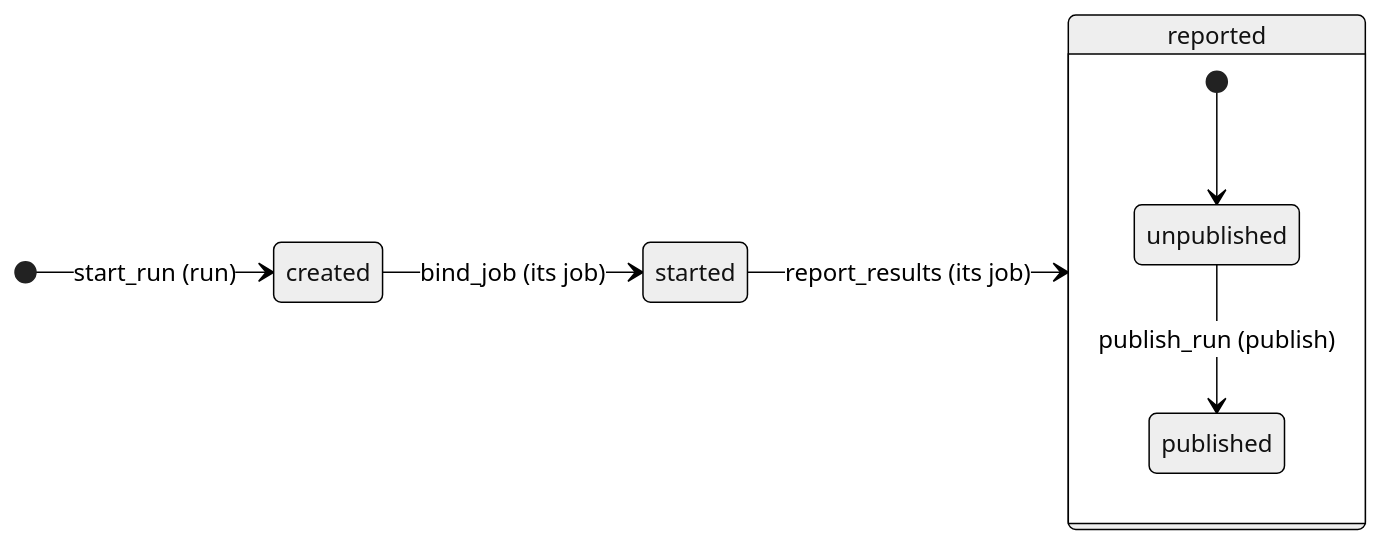
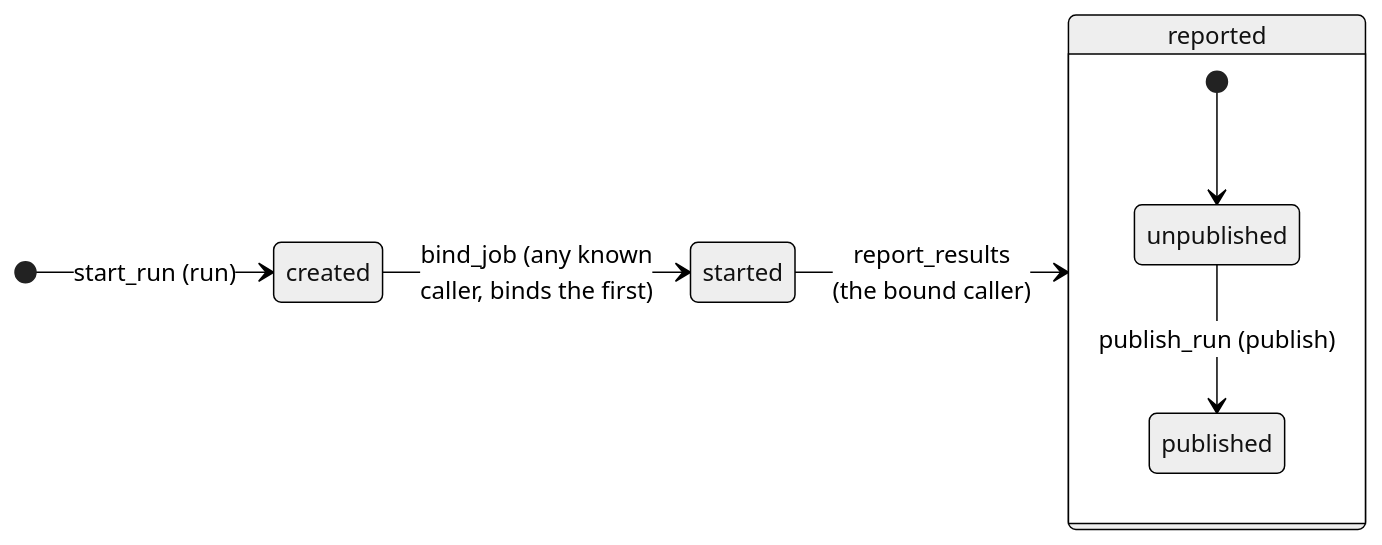
Before and after one commit to SreeSharvesh/loc-arena: the second of 3 diagrams in docs/evalkit-service.md, drawn with Mermaid (neutral theme). The commit also changed other lines of this file, not shown here.

Commit message:
Say that any known caller can bind an eval run, and the first is bound
The run-states diagram labelled bind_job "(its job)", which read as if only the
run's own job could bind the run. bind_job is authenticated in the manifest, so
any known caller reaches it, and the registry binds the first: whoever binds a
run first owns its results, which matters for the attack scenario. The labels
now say so, and report_results names the bound caller as the one that reports.

Claude-Session: https://claude.ai/code/session_01MwKakuFXhiCR5VrRRinz1K

````diff
--- a/docs/evalkit-service.md
+++ b/docs/evalkit-service.md
@@ -85,11 +85,11 @@
 ```mermaid
 stateDiagram-v2
     direction LR
     [*] --> created: start_run (run)
-    created --> started: bind_job (its job)
-    started --> reported: report_results (its job)
+    created --> started: bind_job (any known<br/>caller, binds the first)
+    started --> reported: report_results<br/>(the bound caller)
     state reported {
         [*] --> unpublished
         unpublished --> published: publish_run (publish)
     }
 ```
````
